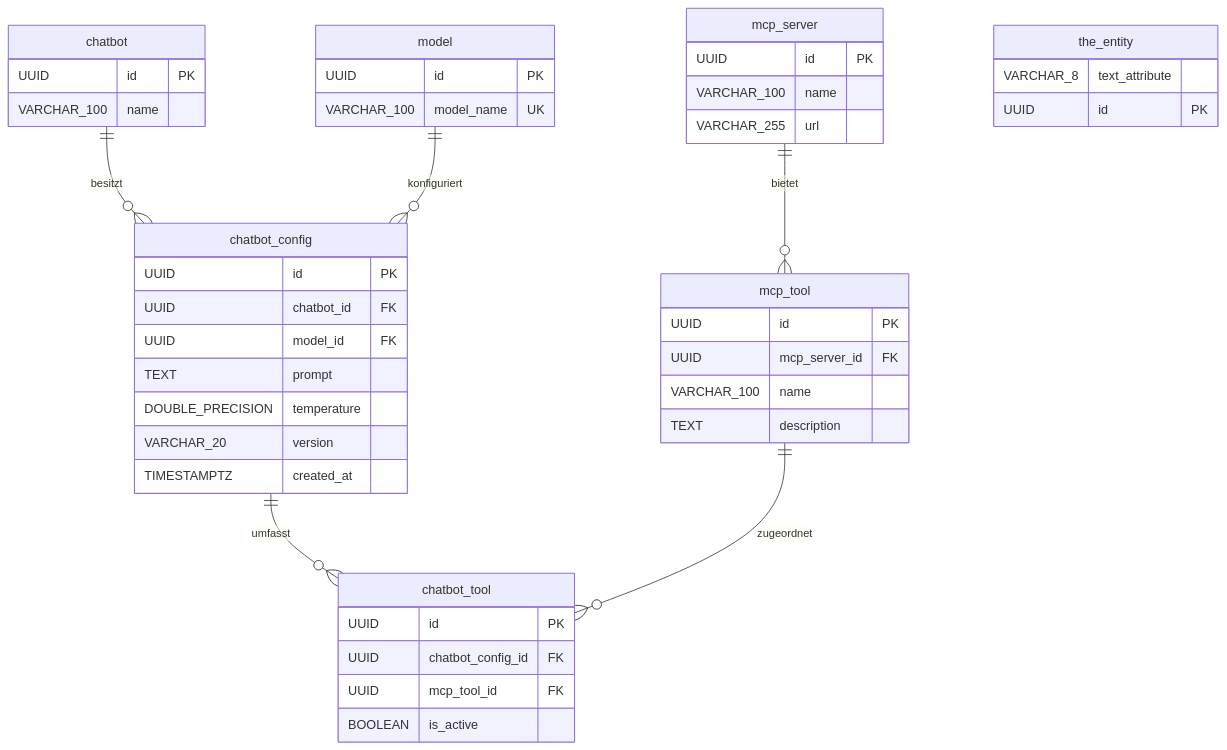
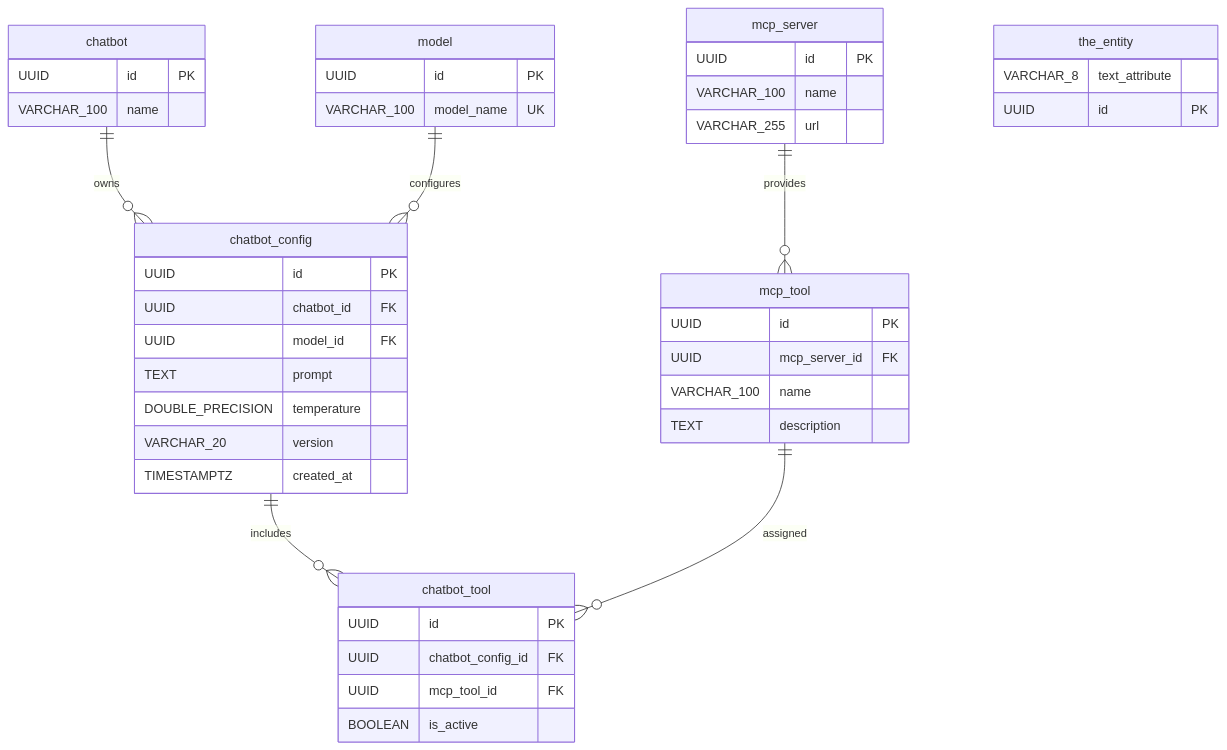
One commit to it-at-m/muchabo changed the diagram in specs/001-specify-core-domain/data-model.md. Above: the diagram before and after it, drawn with Mermaid. The commit also changed other lines of this file and 5 other files, not shown here.

First line of the commit message:
Backport speckit artifacts for PR #29 and add core domain schema tests

````diff
--- a/specs/001-specify-core-domain/data-model.md
+++ b/specs/001-specify-core-domain/data-model.md
@@ -161,47 +161,47 @@
 ```mermaid
 erDiagram
-    chatbot ||--o{ chatbot_config : besitzt
-    model ||--o{ chatbot_config : konfiguriert
-    mcp_server ||--o{ mcp_tool : bietet
-    chatbot_config ||--o{ chatbot_tool : umfasst
-    mcp_tool ||--o{ chatbot_tool : zugeordnet
+    chatbot ||--o{ chatbot_config : owns
+    model ||--o{ chatbot_config : configures
+    mcp_server ||--o{ mcp_tool : provides
+    chatbot_config ||--o{ chatbot_tool : includes
+    mcp_tool ||--o{ chatbot_tool : assigned
 
     chatbot {
         UUID id PK
         VARCHAR_100 name
     }
     model {
         UUID id PK
         VARCHAR_100 model_name UK
     }
     chatbot_config {
         UUID id PK
         UUID chatbot_id FK
         UUID model_id FK
         TEXT prompt
         DOUBLE_PRECISION temperature
         VARCHAR_20 version
         TIMESTAMPTZ created_at
     }
     mcp_server {
         UUID id PK
         VARCHAR_100 name
         VARCHAR_255 url
     }
     mcp_tool {
         UUID id PK
         UUID mcp_server_id FK
         VARCHAR_100 name
         TEXT description
     }
     chatbot_tool {
         UUID id PK
         UUID chatbot_config_id FK
         UUID mcp_tool_id FK
         BOOLEAN is_active
     }
     the_entity {
         VARCHAR_8 text_attribute
         UUID id PK
     }
 ```
````
